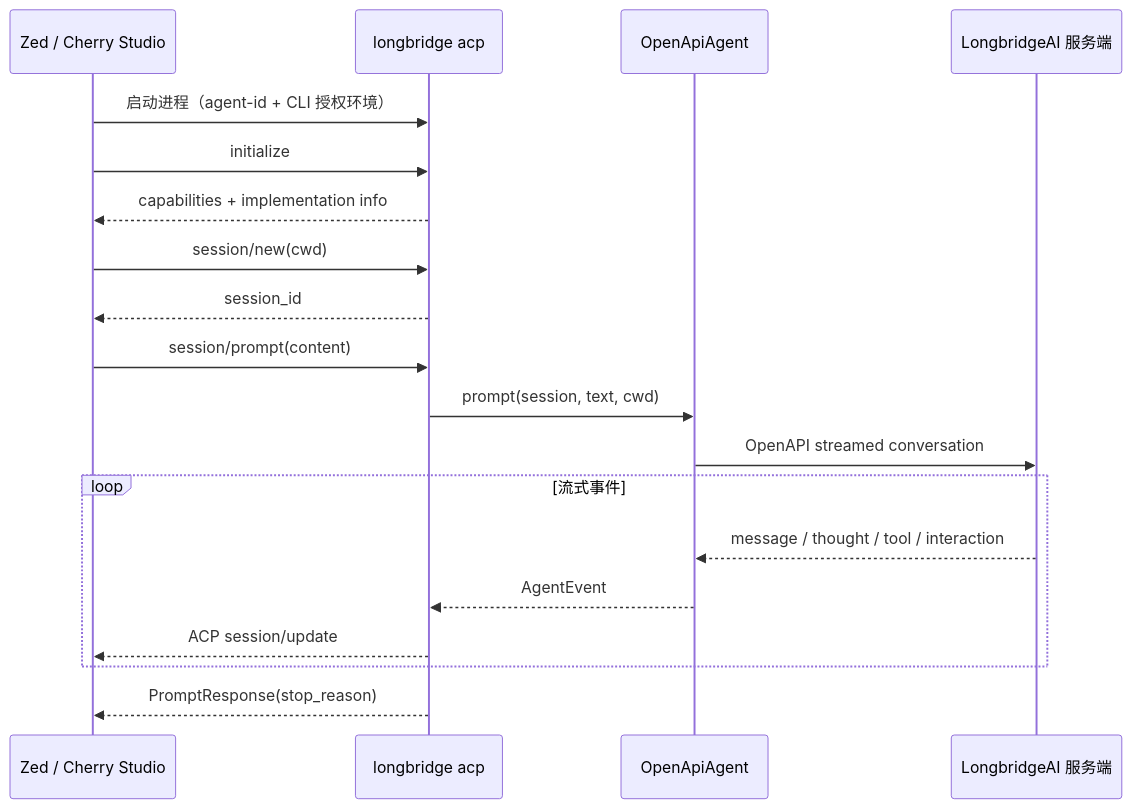
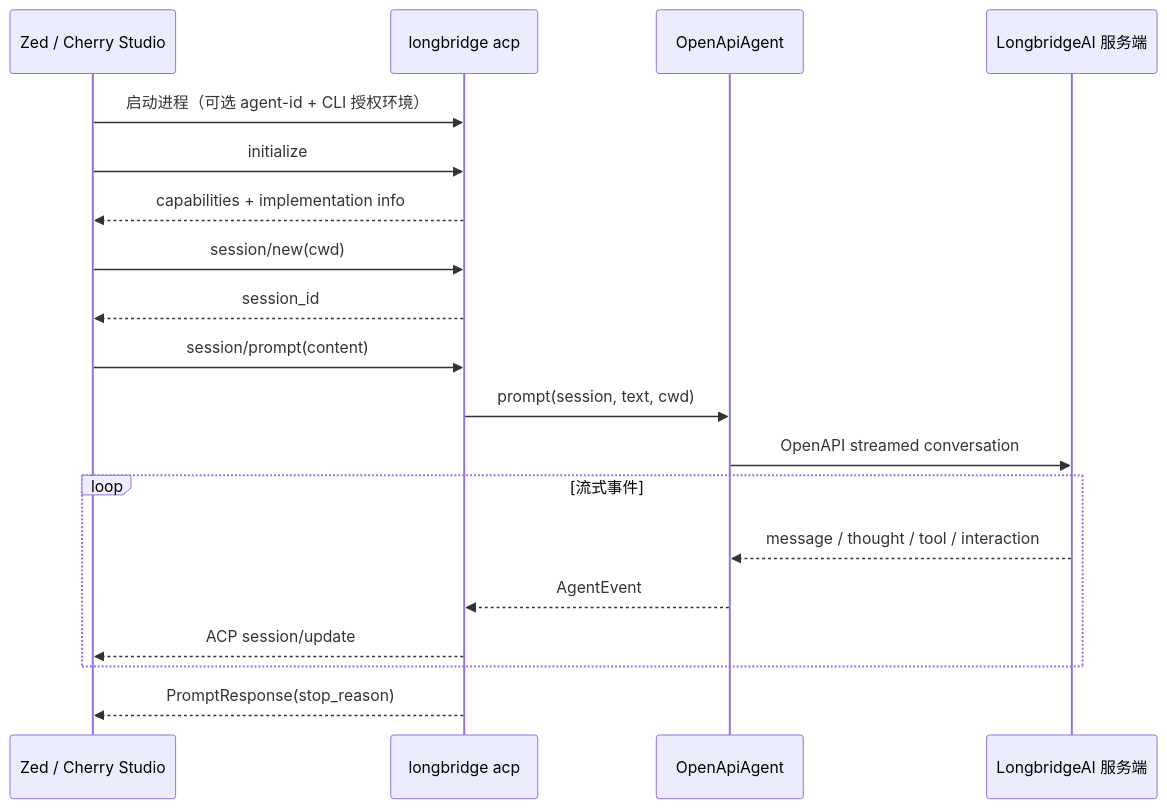
One commit to longbridge/longbridge-terminal changed the second of 4 diagrams in docs/architecture/acp-integration.md. Above: the diagram before and after it, drawn with Mermaid. The commit also changed other lines of this file and 9 other files, not shown here.

````diff
--- a/docs/architecture/acp-integration.md
+++ b/docs/architecture/acp-integration.md
@@ -169,22 +169,22 @@
 ```mermaid
 sequenceDiagram
     participant C as Zed / Cherry Studio
     participant CLI as longbridge acp
     participant B as OpenApiAgent
     participant S as LongbridgeAI 服务端
 
-    C->>CLI: 启动进程（agent-id + CLI 授权环境）
+    C->>CLI: 启动进程（可选 agent-id + CLI 授权环境）
     C->>CLI: initialize
     CLI-->>C: capabilities + implementation info
     C->>CLI: session/new(cwd)
     CLI-->>C: session_id
     C->>CLI: session/prompt(content)
     CLI->>B: prompt(session, text, cwd)
     B->>S: OpenAPI streamed conversation
     loop 流式事件
         S-->>B: message / thought / tool / interaction
         B-->>CLI: AgentEvent
         CLI-->>C: ACP session/update
     end
     CLI-->>C: PromptResponse(stop_reason)
 ```
````
